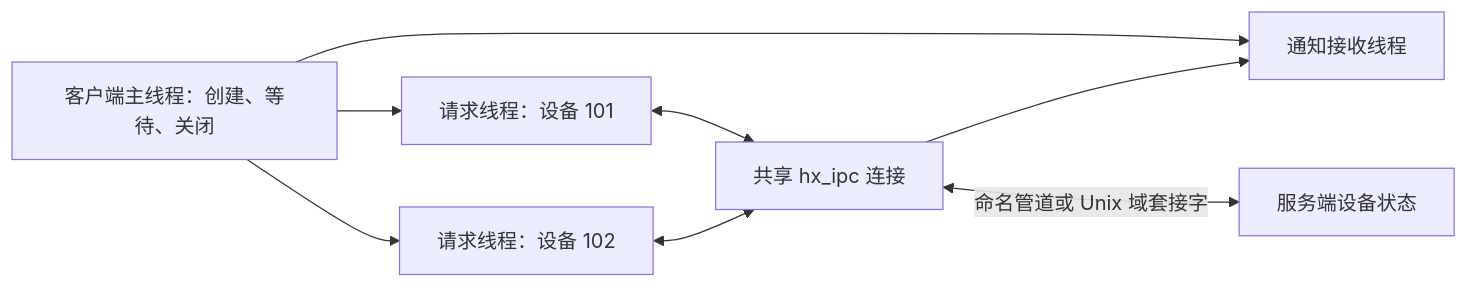
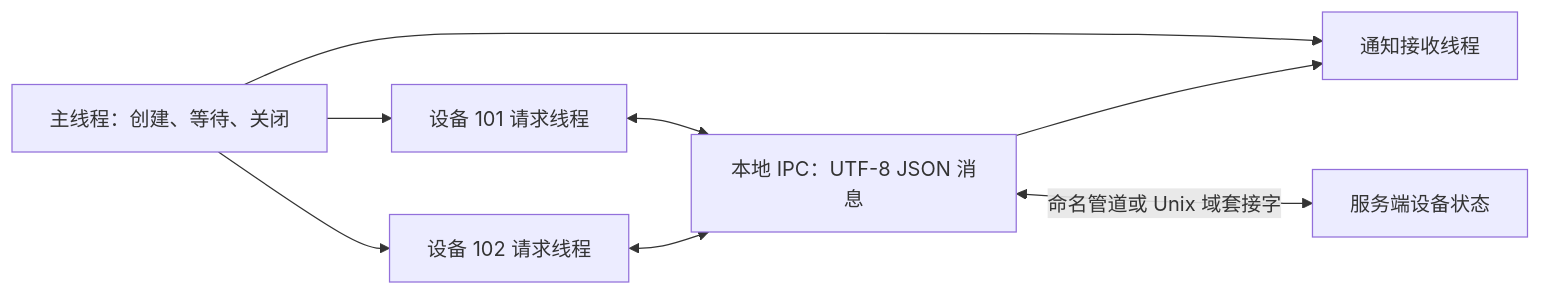
The diagram in docs/IPC_BUSINESS.zh-CN.md (HuangX666/hx_c_platform), drawn with Mermaid before and after one commit. The commit also changed other lines of this file and 32 other files, not shown here.

````diff
--- a/docs/IPC_BUSINESS.zh-CN.md
+++ b/docs/IPC_BUSINESS.zh-CN.md
@@ -52,10 +52,10 @@
 ```mermaid
 flowchart LR
-    Main[客户端主线程：创建、等待、关闭] --> A[请求线程：设备 101]
-    Main --> B[请求线程：设备 102]
+    Main[主线程：创建、等待、关闭] --> A[设备 101 请求线程]
+    Main --> B[设备 102 请求线程]
     Main --> R[通知接收线程]
-    A <--> I[共享 hx_ipc 连接]
+    A <--> I[本地 IPC：UTF-8 JSON 消息]
     B <--> I
     I --> R
     I <-->|命名管道或 Unix 域套接字| S[服务端设备状态]
 ```
````
